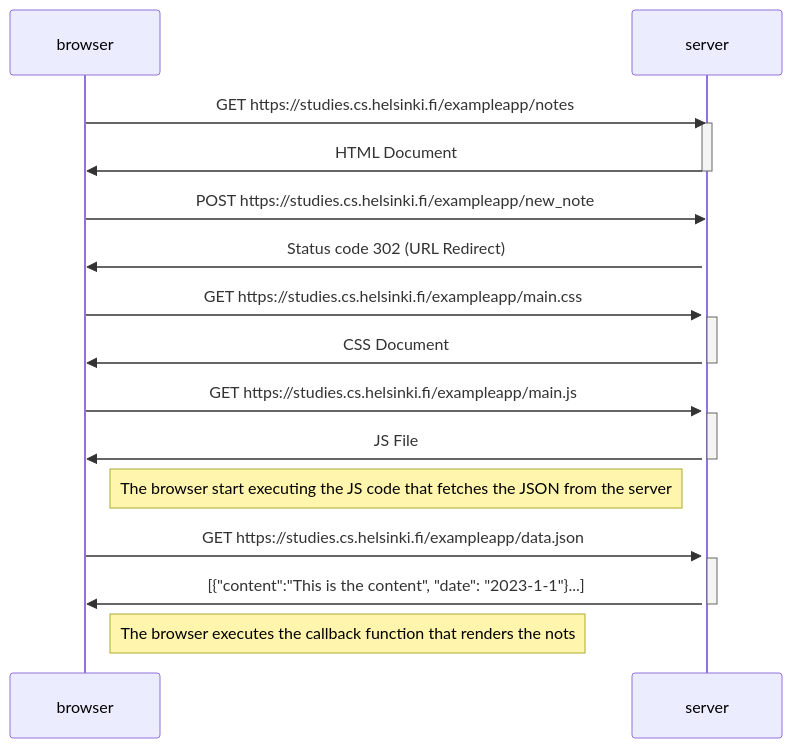
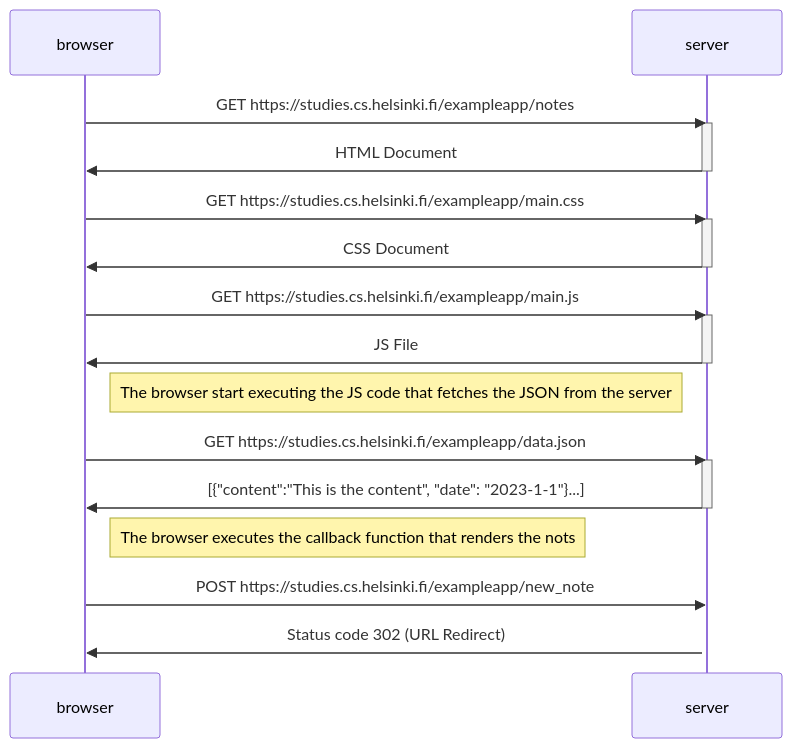
One commit to BMBenkyou/full-stack-open changed the diagram in part0/0.4_new_note_sequence_diagram.md. Above: the diagram before and after it, drawn with Mermaid. The commit also changed 1 other file, not shown here.

Commit message:
Fix some ordering

````diff
--- a/part0/0.4_new_note_sequence_diagram.md
+++ b/part0/0.4_new_note_sequence_diagram.md
@@ -2,43 +2,37 @@
 ```mermaid
 sequenceDiagram
 
     participant browser
     participant server
 
     browser ->>server: GET https://studies.cs.helsinki.fi/exampleapp/notes
     activate server
     server ->>browser: HTML Document
     deactivate server
 
-
-    browser ->>server: POST https://studies.cs.helsinki.fi/exampleapp/new_note
-    activate server
-    server ->> browser: Status code 302 (URL Redirect)
-
-
     browser ->>server: GET https://studies.cs.helsinki.fi/exampleapp/main.css
     activate server
     server ->>browser: CSS Document 
     deactivate server
-
-    
-    
 
 
     browser ->>server: GET https://studies.cs.helsinki.fi/exampleapp/main.js
     activate server
     server ->>browser: JS File
     deactivate server
-
 
     Note right of browser: The browser start executing the JS code that fetches the JSON from the server
 
     browser ->>server: GET https://studies.cs.helsinki.fi/exampleapp/data.json
     activate server
     server ->>browser: [{"content":"This is the content", "date": "2023-1-1"}...]
     deactivate server
 
     Note right of browser: The browser executes the callback function that renders the nots
 
+    browser ->>server: POST https://studies.cs.helsinki.fi/exampleapp/new_note
+    activate server
+    server ->> browser: Status code 302 (URL Redirect)
+
 
 ``` 
````
